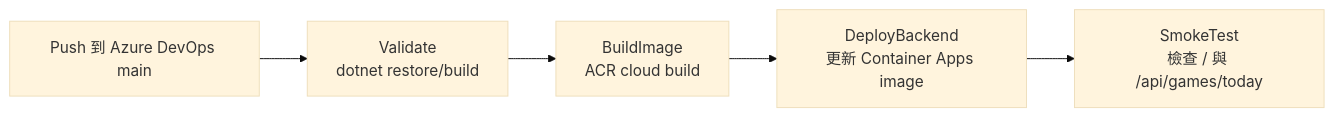
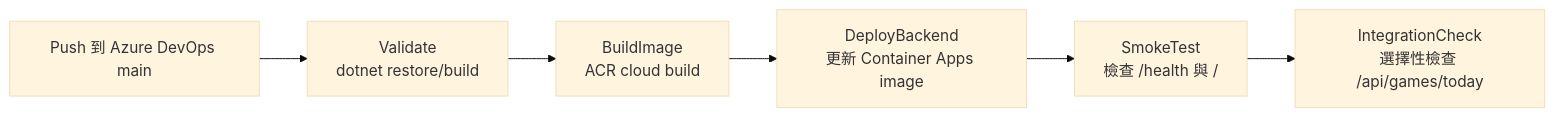
Before and after one commit to sungYiCheng/MLB: the fourth of 4 diagrams in docs/learning-record.md, drawn with Mermaid (base theme). The commit also changed other lines of this file and 4 other files, not shown here.

Commit message:
Add backend health check

````diff
--- a/docs/learning-record.md
+++ b/docs/learning-record.md
@@ -92,7 +92,8 @@
 ```mermaid
 flowchart LR
     Push[Push 到 Azure DevOps main] --> Validate[Validate<br/>dotnet restore/build]
     Validate --> BuildImage[BuildImage<br/>ACR cloud build]
     BuildImage --> DeployBackend[DeployBackend<br/>更新 Container Apps image]
-    DeployBackend --> SmokeTest[SmokeTest<br/>檢查 / 與 /api/games/today]
+    DeployBackend --> SmokeTest[SmokeTest<br/>檢查 /health 與 /]
+    SmokeTest --> IntegrationCheck[IntegrationCheck<br/>選擇性檢查 /api/games/today]
 ```
````
